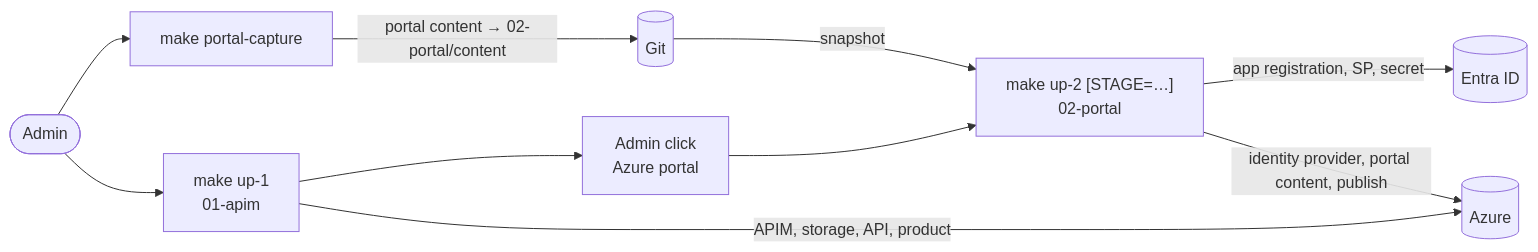
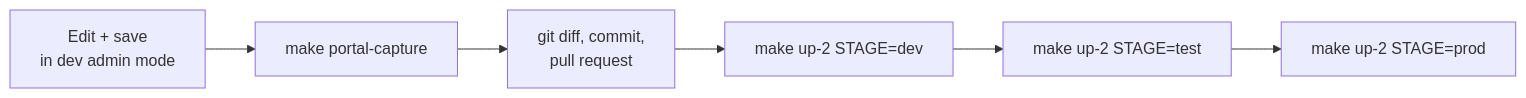
The second of 3 diagrams in README.md (AlexanderRengers/apim-dev-portal), drawn with Mermaid before and after one commit. The commit also changed other lines of this file and 13 other files, not shown here.

First line of the commit message:
Restructure docs around enabling the portal on an existing APIM instance

````diff
--- a/README.md
+++ b/README.md
@@ -49,17 +116,8 @@
 ```mermaid
 flowchart LR
-  admin(["Admin"])
-  tf1["make up-1<br/>01-apim"]
-  adminclick["Admin click<br/>Azure portal"]
-  tf2["make up-2 [STAGE=…]<br/>02-portal"]
-  cap["make portal-capture"]
-
-  admin --> tf1 --> adminclick --> tf2
-  admin --> cap
-
-  tf1 -- "APIM, storage, API, product" --> az[("Azure")]
-  tf2 -- "app registration, SP, secret" --> en[("Entra ID")]
-  tf2 -- "identity provider, portal content, publish" --> az
-  cap -- "portal content → 02-portal/content" --> git[("Git")]
-  git -- "snapshot" --> tf2
+  edit["Edit + save<br/>in dev admin mode"] --> cap["make portal-capture"]
+  cap --> pr["git diff, commit,<br/>pull request"]
+  pr --> d["make up-2 STAGE=dev"]
+  d --> t["make up-2 STAGE=test"]
+  t --> p["make up-2 STAGE=prod"]
 ```
````
